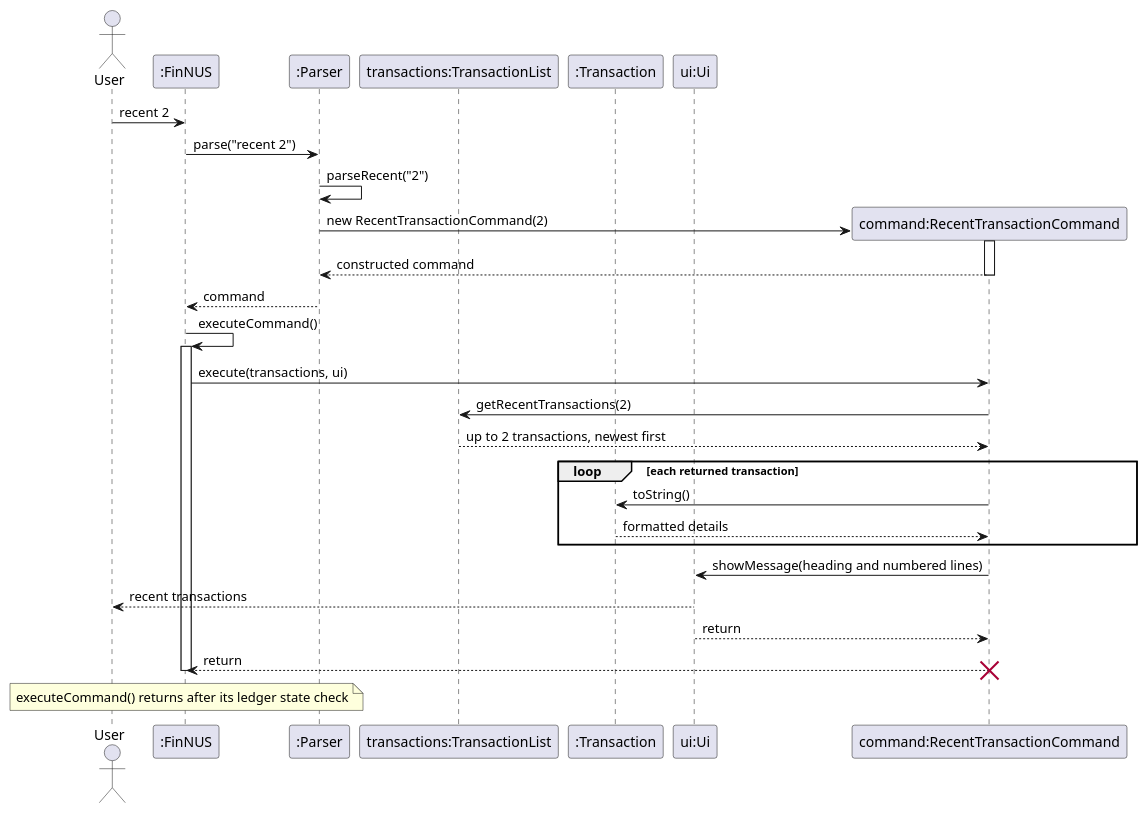
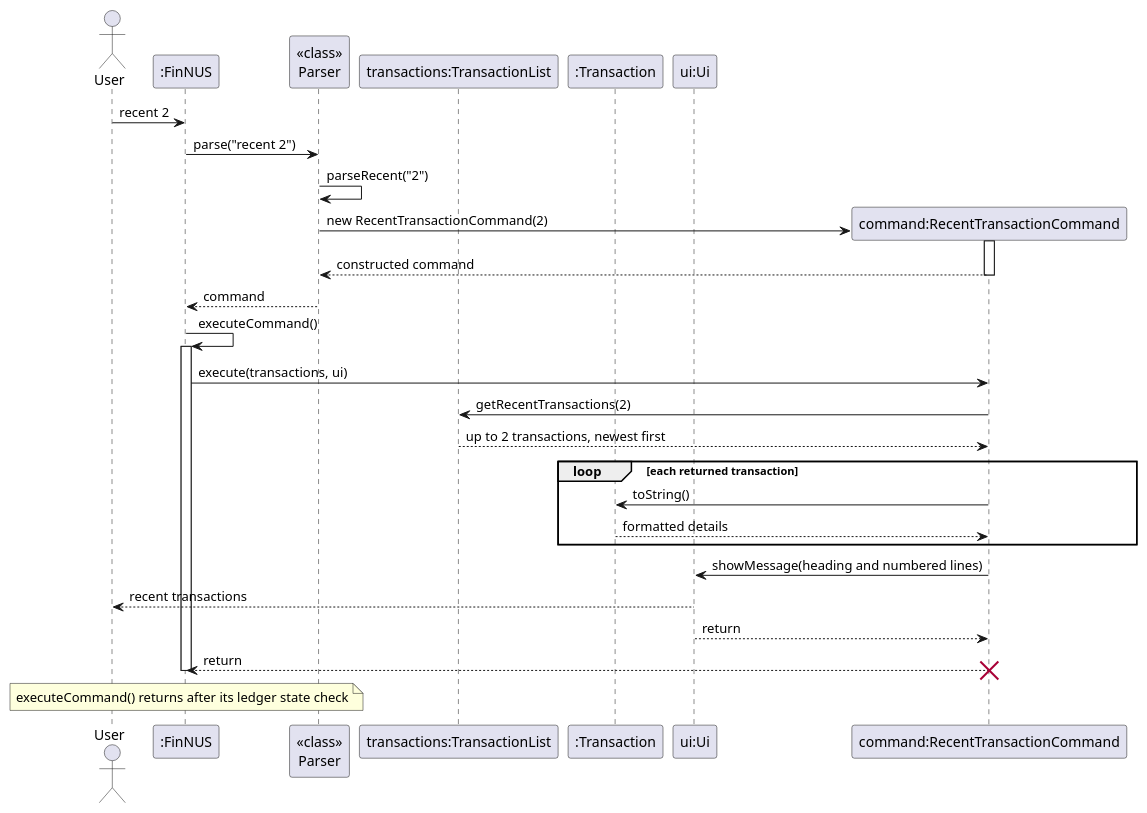
Before and after one commit to AY2627S1-CS2113-W13-2/tp: the second of 3 diagrams in docs/DeveloperGuide.md, drawn with PlantUML. The commit also changed other lines of this file, not shown here.

````diff
--- a/docs/DeveloperGuide.md
+++ b/docs/DeveloperGuide.md
@@ -254,36 +257,36 @@
 ```plantuml
 @startuml
 actor User
 participant ":FinNUS" as FinNUS
-participant ":Parser" as Parser
+participant "<<class>>\nParser" as Parser
 participant "transactions:TransactionList" as Ledger
 participant ":Transaction" as Transaction
 participant "ui:Ui" as Ui
 
 User -> FinNUS: recent 2
 FinNUS -> Parser: parse("recent 2")
 Parser -> Parser: parseRecent("2")
 create "command:RecentTransactionCommand" as Recent
 Parser -> Recent: new RecentTransactionCommand(2)
 activate Recent
 Recent --> Parser: constructed command
 deactivate Recent
 Parser --> FinNUS: command
 FinNUS -> FinNUS: executeCommand()
 activate FinNUS
 FinNUS -> Recent: execute(transactions, ui)
 Recent -> Ledger: getRecentTransactions(2)
 Ledger --> Recent: up to 2 transactions, newest first
 loop each returned transaction
     Recent -> Transaction: toString()
     Transaction --> Recent: formatted details
 end
 Recent -> Ui: showMessage(heading and numbered lines)
 Ui --> User: recent transactions
 Ui --> Recent: return
 Recent --> FinNUS: return
 deactivate FinNUS
 note over FinNUS: executeCommand() returns after its ledger state check
 destroy Recent
 @enduml
 ```
````
